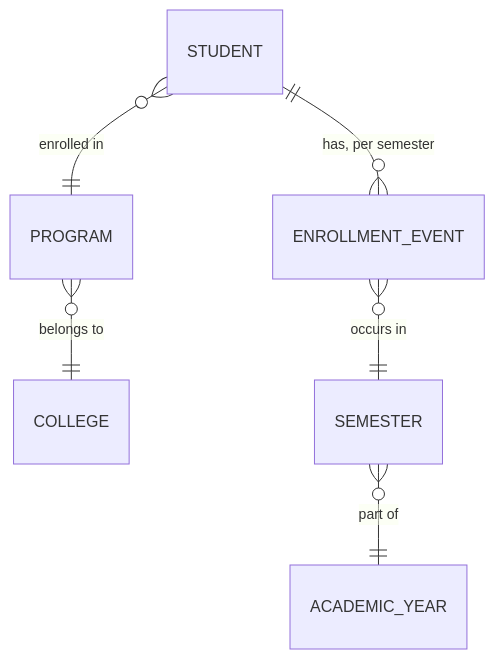
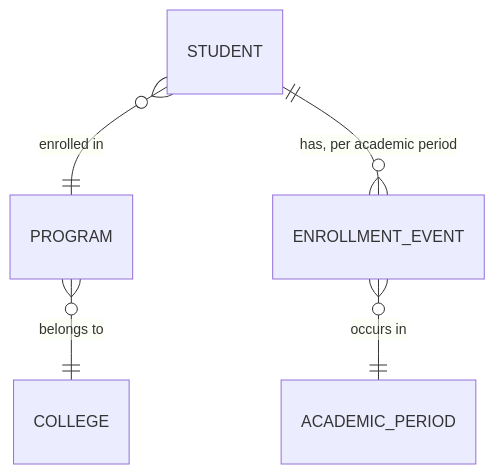
The first of 2 diagrams in docs/04_Data_Modeling.md (DatAisen1/university-analytics-platform-capstone), drawn with Mermaid before and after one commit. The commit also changed other lines of this file and 13 other files, not shown here.

````diff
--- a/docs/04_Data_Modeling.md
+++ b/docs/04_Data_Modeling.md
@@ -7,8 +7,7 @@
 ```mermaid
 erDiagram
     STUDENT }o--|| PROGRAM : "enrolled in"
     PROGRAM }o--|| COLLEGE : "belongs to"
-    STUDENT ||--o{ ENROLLMENT_EVENT : "has, per semester"
-    ENROLLMENT_EVENT }o--|| SEMESTER : "occurs in"
-    SEMESTER }o--|| ACADEMIC_YEAR : "part of"
+    STUDENT ||--o{ ENROLLMENT_EVENT : "has, per academic period"
+    ENROLLMENT_EVENT }o--|| ACADEMIC_PERIOD : "occurs in"
 ```
````
